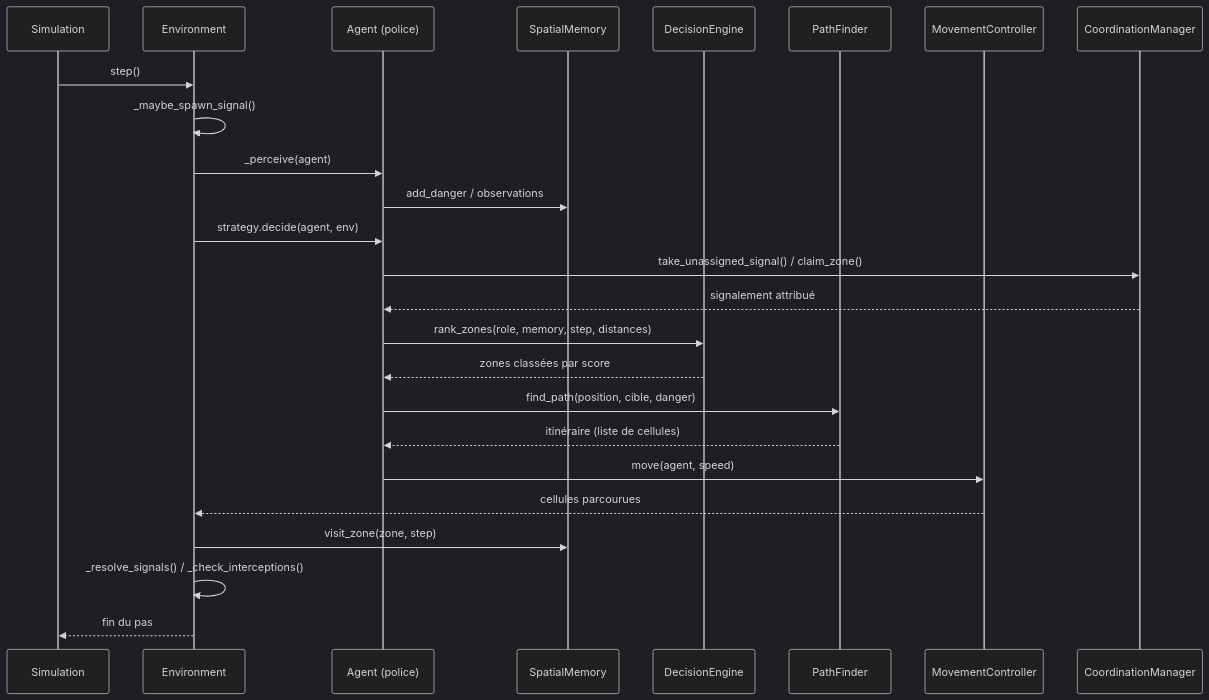
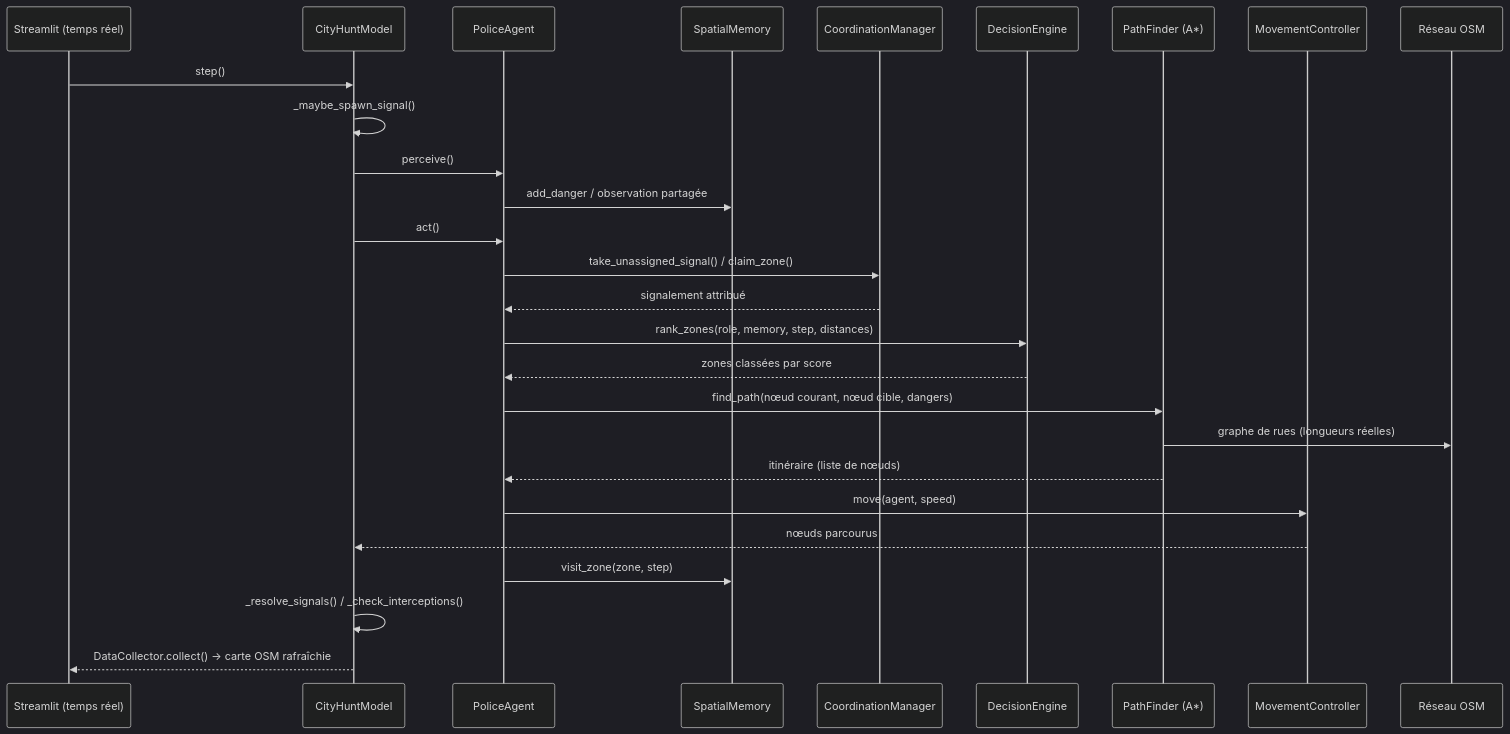
Before and after one commit to DNTtlse3/CitySMA: the fifth of 9 diagrams in docs/DOCUMENTATION.md, drawn with Mermaid (dark theme). The commit also changed other lines of this file and 18 other files, not shown here.

Commit message:
v3.0 : moteur Mesa + carte OpenStreetMap réelle (OSMnx), rendu Folium temps réel dans Streamlit, A* sur le réseau de rues

````diff
--- a/docs/DOCUMENTATION.md
+++ b/docs/DOCUMENTATION.md
@@ -327,28 +301,30 @@
 ```mermaid
 sequenceDiagram
-    participant S as Simulation
-    participant E as Environment
-    participant A as Agent (police)
-    participant M as SpatialMemory
+    participant U as Streamlit (temps réel)
+    participant M as CityHuntModel
+    participant A as PoliceAgent
+    participant MEM as SpatialMemory
+    participant C as CoordinationManager
     participant D as DecisionEngine
-    participant P as PathFinder
+    participant PF as PathFinder (A*)
     participant MV as MovementController
-    participant C as CoordinationManager
+    participant OSM as Réseau OSM
 
-    S->>E: step()
-    E->>E: _maybe_spawn_signal()
-    E->>A: _perceive(agent)
-    A->>M: add_danger / observations
-    E->>A: strategy.decide(agent, env)
+    U->>M: step()
+    M->>M: _maybe_spawn_signal()
+    M->>A: perceive()
+    A->>MEM: add_danger / observation partagée
+    M->>A: act()
     A->>C: take_unassigned_signal() / claim_zone()
     C-->>A: signalement attribué
     A->>D: rank_zones(role, memory, step, distances)
     D-->>A: zones classées par score
-    A->>P: find_path(position, cible, danger)
-    P-->>A: itinéraire (liste de cellules)
+    A->>PF: find_path(nœud courant, nœud cible, dangers)
+    PF->>OSM: graphe de rues (longueurs réelles)
+    PF-->>A: itinéraire (liste de nœuds)
     A->>MV: move(agent, speed)
-    MV-->>E: cellules parcourues
-    E->>M: visit_zone(zone, step)
-    E->>E: _resolve_signals() / _check_interceptions()
-    E-->>S: fin du pas
+    MV-->>M: nœuds parcourus
+    A->>MEM: visit_zone(zone, step)
+    M->>M: _resolve_signals() / _check_interceptions()
+    M-->>U: DataCollector.collect() → carte OSM rafraîchie
 ```
````
